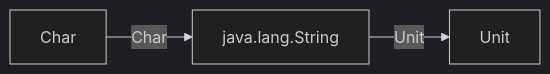
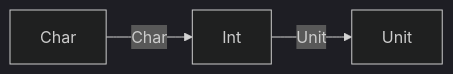
The diagram in README.md (julianpeeters/polynomial), drawn with Mermaid (dark theme) before and after one commit. The commit also changed other lines of this file and 1 other file, not shown here.

````diff
--- a/README.md
+++ b/README.md
@@ -51,4 +54,4 @@
 ```mermaid
 graph LR;
-  A[Char]:::hidden-->|Char|S[java.lang.String]-->|Unit|B[Unit]:::hidden;
+  A[Char]:::hidden-->|Char|S[Int]-->|Unit|B[Unit]:::hidden;
 ```
````
